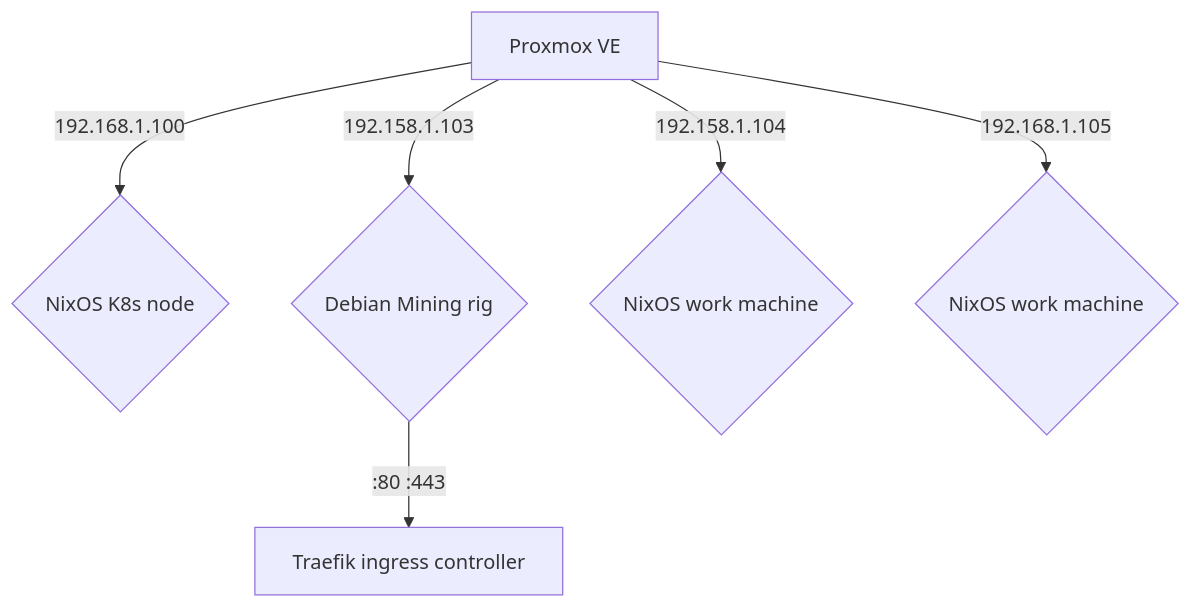
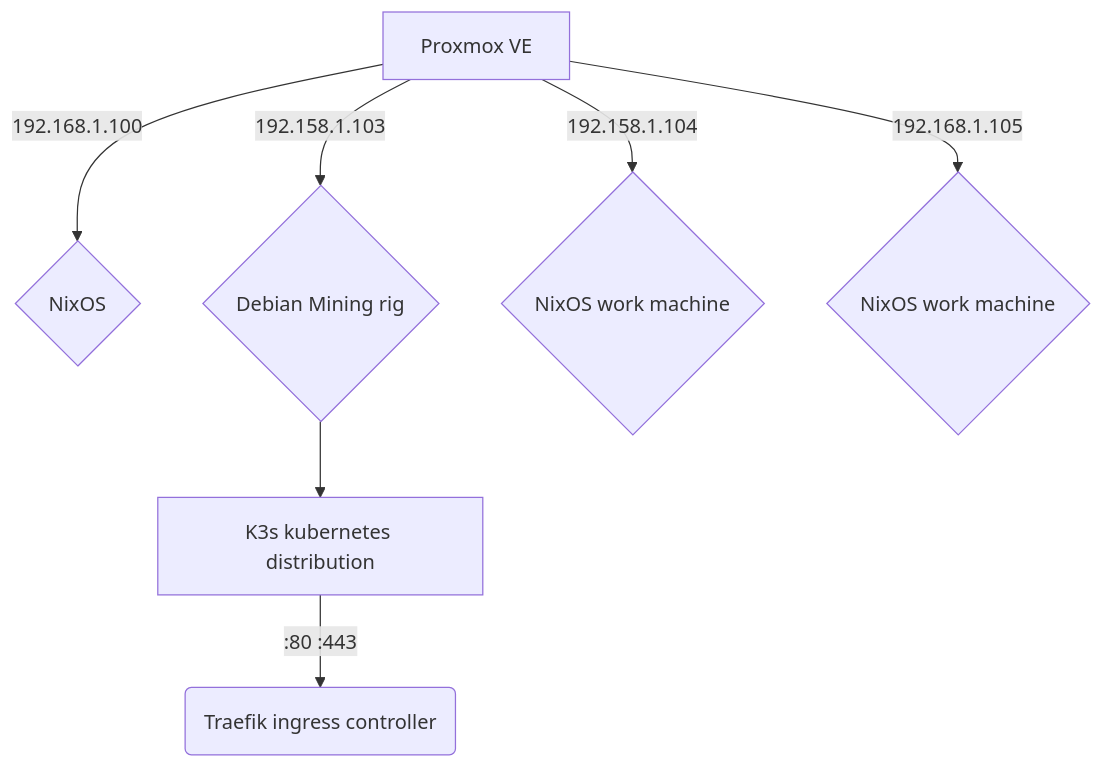
One commit to portothree/dotfiles changed the diagram in homelab/README.md. Above: the diagram before and after it, drawn with Mermaid.

````diff
--- a/homelab/README.md
+++ b/homelab/README.md
@@ -3,8 +3,9 @@
 ```mermaid
 flowchart TD
-	A[Proxmox VE] -->|192.168.1.100| 100{NixOS K8s node};
+	A[Proxmox VE] -->|192.168.1.100| 100{NixOS};
 	A -->|192.158.1.103| 102{Debian Mining rig};
-	102 -->|:80 :443| Traefik[Traefik ingress controller]
+	102 --> K3s[K3s kubernetes distribution];
+	K3s -->|:80 :443| Traefik(Traefik ingress controller);
 	A -->|192.158.1.104| 103{NixOS work machine};
 	A -->|192.168.1.105| 104{NixOS work machine};
 ```
````
